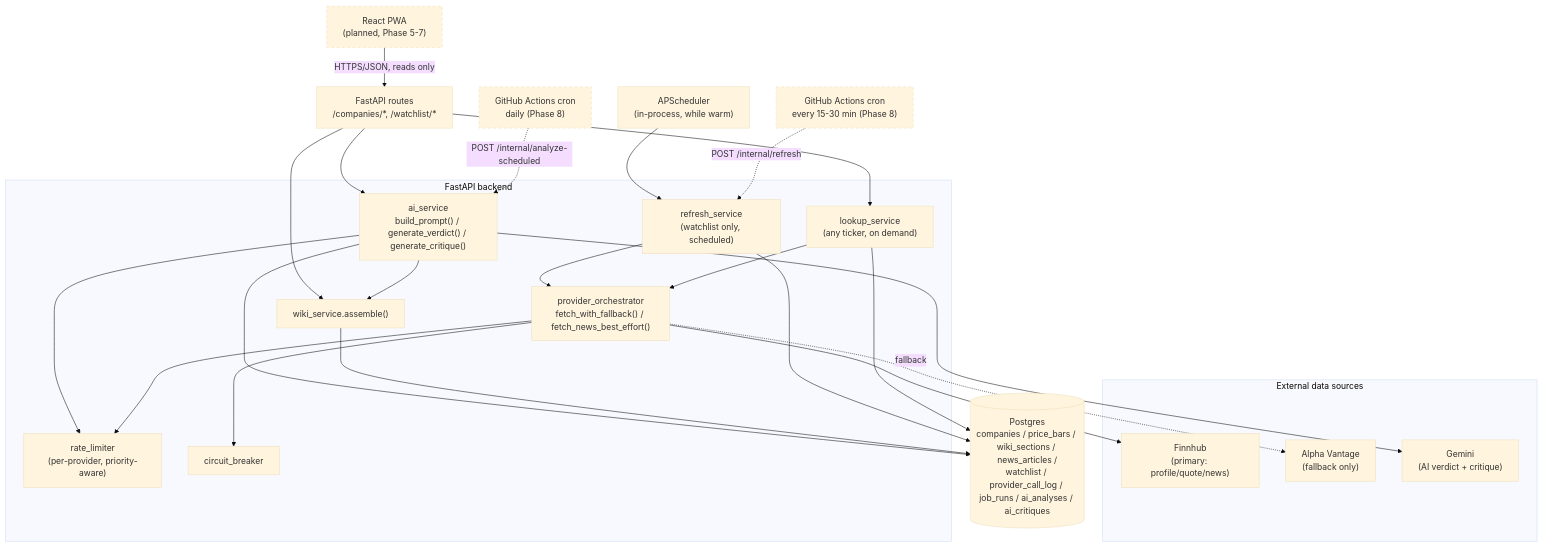
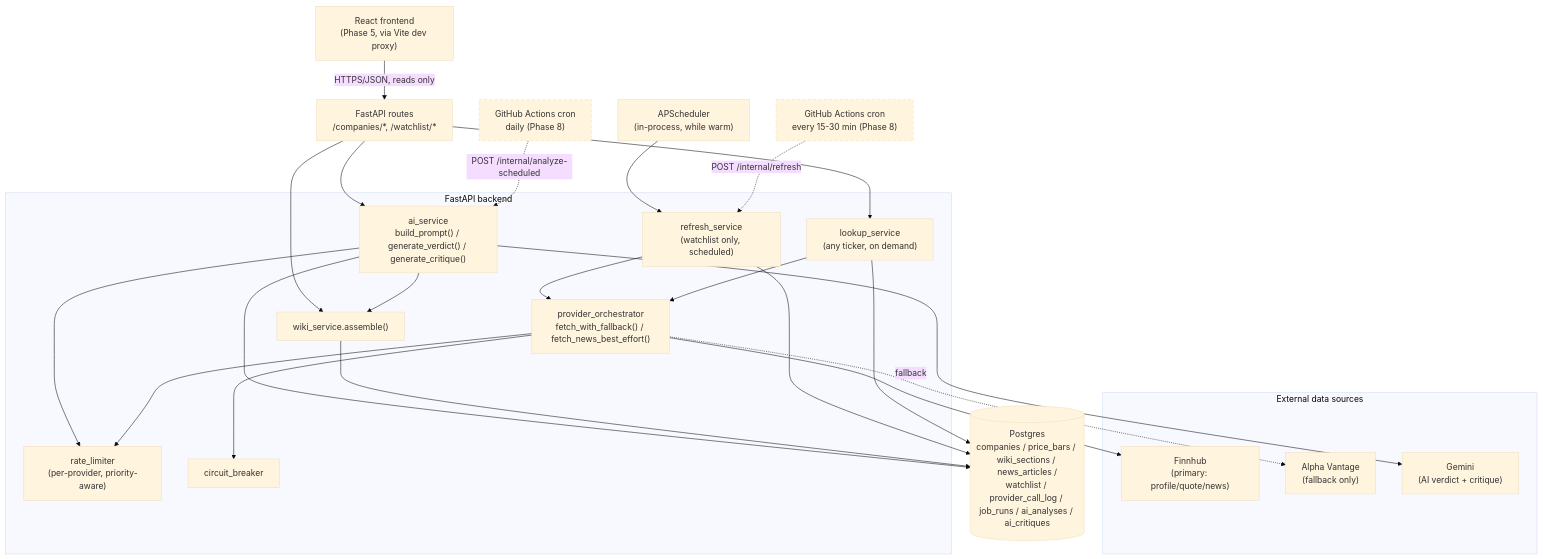
Before and after one commit to luicsw/Trader: the diagram in README.md, drawn with Mermaid (base theme). The commit also changed other lines of this file and 51 other files, not shown here.

````diff
--- a/README.md
+++ b/README.md
@@ -43,49 +49,48 @@
 ```mermaid
 flowchart TB
     subgraph ext["External data sources"]
         FH["Finnhub<br/>(primary: profile/quote/news)"]
         AV["Alpha Vantage<br/>(fallback only)"]
         GM["Gemini<br/>(AI verdict + critique)"]
     end
 
     subgraph backend["FastAPI backend"]
         ORCH["provider_orchestrator<br/>fetch_with_fallback() / fetch_news_best_effort()"]
         RL["rate_limiter<br/>(per-provider, priority-aware)"]
         CB["circuit_breaker"]
         LOOKUP["lookup_service<br/>(any ticker, on demand)"]
         REFRESH["refresh_service<br/>(watchlist only, scheduled)"]
         WIKI["wiki_service.assemble()"]
         AI["ai_service<br/>build_prompt() / generate_verdict() / generate_critique()"]
     end
 
     DB[("Postgres<br/>companies / price_bars / wiki_sections / news_articles /<br/>watchlist / provider_call_log / job_runs / ai_analyses / ai_critiques")]
 
     CRON1["GitHub Actions cron<br/>every 15-30 min (Phase 8)"] -.->|"POST /internal/refresh"| REFRESH
     CRON2["GitHub Actions cron<br/>daily (Phase 8)"] -.->|"POST /internal/analyze-scheduled"| AI
     SCHED["APScheduler<br/>(in-process, while warm)"] --> REFRESH
 
     LOOKUP --> ORCH
     REFRESH --> ORCH
     ORCH --> RL
     ORCH --> CB
     ORCH --> FH
     ORCH -.fallback.-> AV
 
     AI --> WIKI
     AI --> GM
     AI --> RL
 
     LOOKUP --> DB
     REFRESH --> DB
     WIKI --> DB
     AI --> DB
 
-    UI["React PWA<br/>(planned, Phase 5-7)"] -->|"HTTPS/JSON, reads only"| API["FastAPI routes<br/>/companies/*, /watchlist/*"]
+    UI["React frontend<br/>(Phase 5, via Vite dev proxy)"] -->|"HTTPS/JSON, reads only"| API["FastAPI routes<br/>/companies/*, /watchlist/*"]
     API --> WIKI
     API --> LOOKUP
     API --> AI
 
     style CRON1 stroke-dasharray: 5 5
     style CRON2 stroke-dasharray: 5 5
-    style UI stroke-dasharray: 5 5
 ```
````
